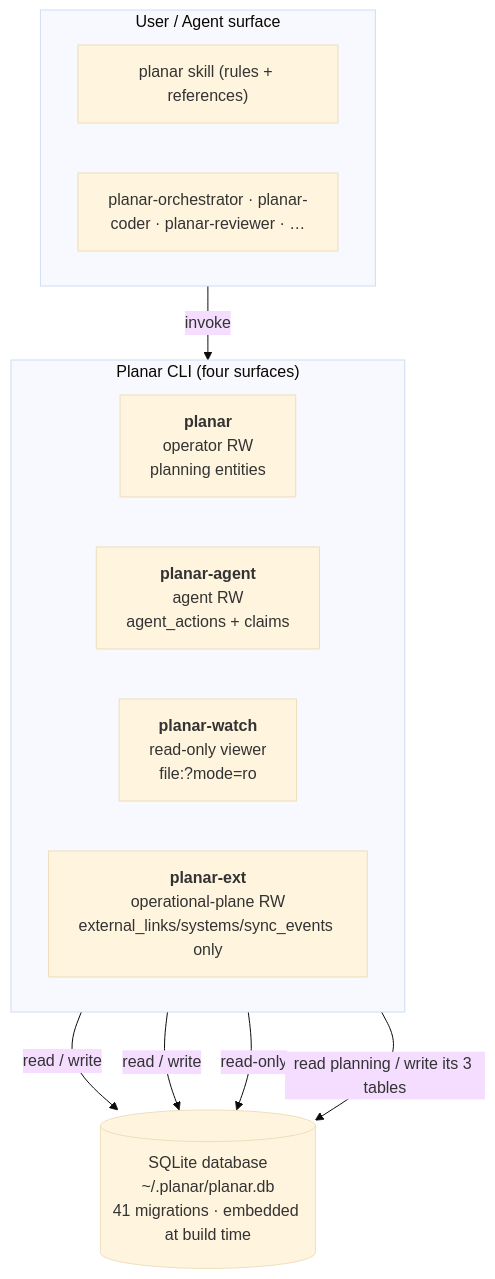
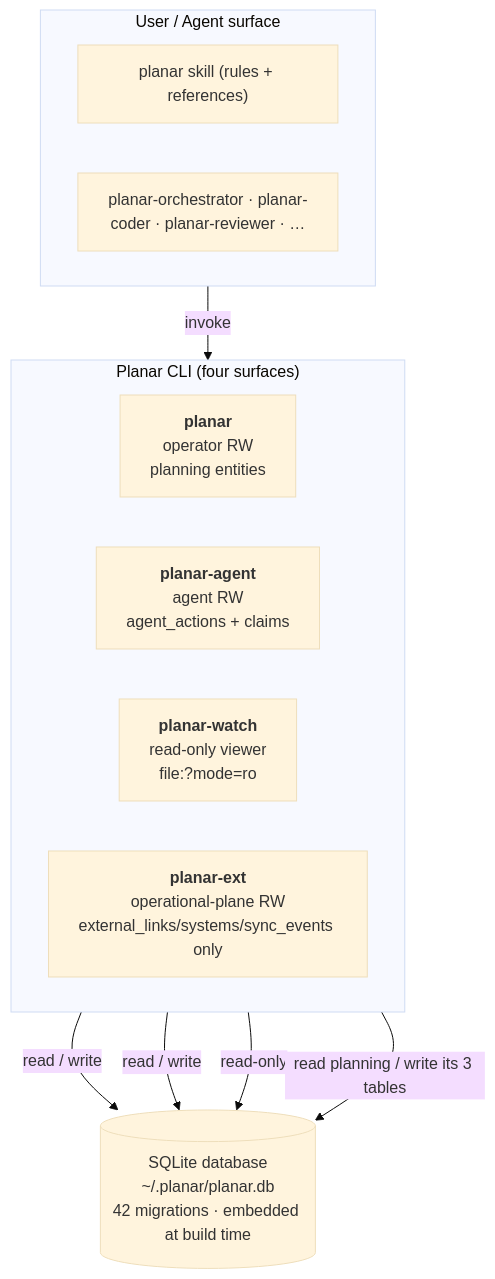
One commit to rdrsss/planar changed the first of 2 diagrams in docs/architecture.md. Above: the diagram before and after it, drawn with Mermaid (base theme). The commit also changed other lines of this file and 19 other files, not shown here.

````diff
--- a/docs/architecture.md
+++ b/docs/architecture.md
@@ -20,24 +20,24 @@
 ```mermaid
 flowchart TD
     subgraph Surface["User / Agent surface"]
         direction LR
         S1["planar skill (rules + references)"]
         S2["planar-orchestrator · planar-coder · planar-reviewer · …"]
     end
 
     subgraph Binaries["Planar CLI (four surfaces)"]
         direction LR
         B1["<b>planar</b><br/>operator RW<br/>planning entities"]
         B2["<b>planar-agent</b><br/>agent RW<br/>agent_actions + claims"]
         B3["<b>planar-watch</b><br/>read-only viewer<br/>file:?mode=ro"]
         B4["<b>planar-ext</b><br/>operational-plane RW<br/>external_links/systems/sync_events only"]
     end
 
-    DB[("SQLite database<br/>~/.planar/planar.db<br/>41 migrations · embedded at build time")]
+    DB[("SQLite database<br/>~/.planar/planar.db<br/>42 migrations · embedded at build time")]
 
     Surface -->|invoke| Binaries
     B1 -->|read / write| DB
     B2 -->|read / write| DB
     B3 -->|read-only| DB
     B4 -->|read planning / write its 3 tables| DB
 ```
````
